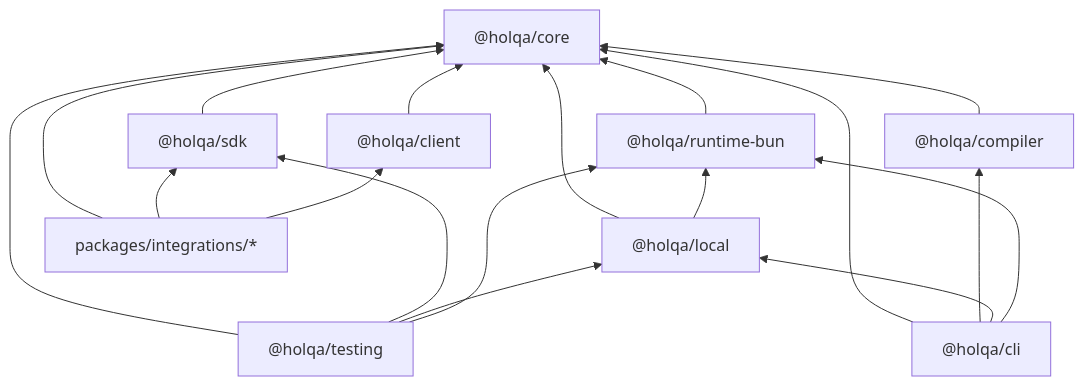
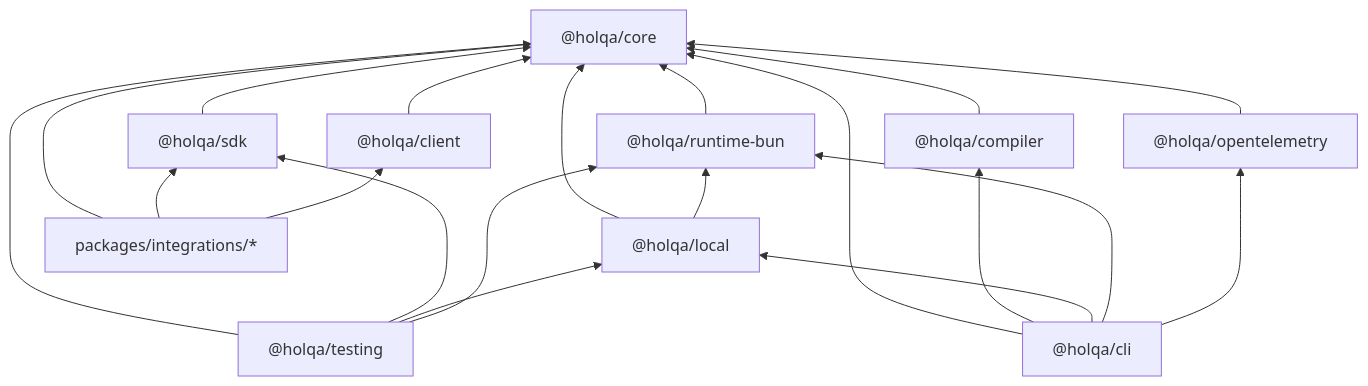
One commit to SrKleRAimBot/holqa changed the diagram in docs/architecture/package-boundaries.md. Above: the diagram before and after it, drawn with Mermaid. The commit also changed other lines of this file and 133 other files, not shown here.

````diff
--- a/docs/architecture/package-boundaries.md
+++ b/docs/architecture/package-boundaries.md
@@ -27,20 +28,22 @@
 ```mermaid
 flowchart BT
   core["@holqa/core"]
   sdk["@holqa/sdk"]
   client["@holqa/client"]
   compiler["@holqa/compiler"]
   runtime["@holqa/runtime-bun"]
   local["@holqa/local"]
   testing["@holqa/testing"]
   cli["@holqa/cli"]
   integrations["packages/integrations/*"]
+  otel["@holqa/opentelemetry"]
   sdk --> core
   client --> core
   compiler --> core
   runtime --> core
   local --> core & runtime
   testing --> core & sdk & local & runtime
-  cli --> core & compiler & local & runtime
+  cli --> core & compiler & local & runtime & otel
   integrations --> core & sdk & client
+  otel --> core
 ```
````
